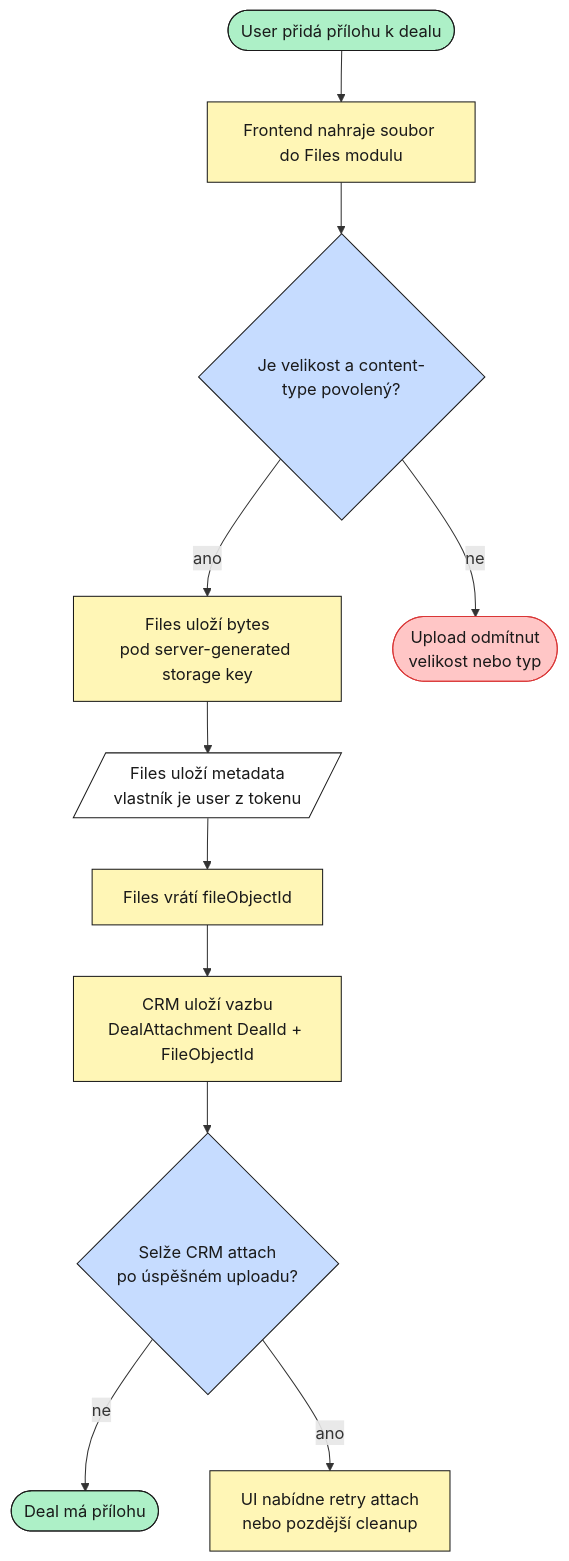
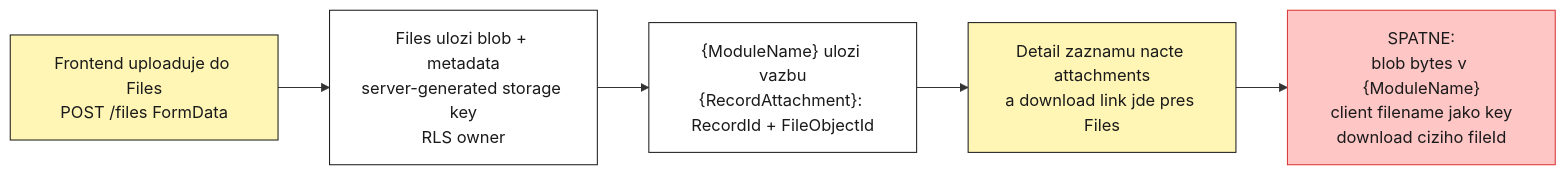
Before and after one commit to SolutionBox-corp/ModularPlatform: the fifth of 7 diagrams in CRM_MODULE_ARCHITECTURE.md, drawn with Mermaid. The commit also changed other lines of this file, not shown here.

Commit message:
docs: generalize module architecture guide

````diff
--- a/CRM_MODULE_ARCHITECTURE.md
+++ b/CRM_MODULE_ARCHITECTURE.md
@@ -1209,26 +435,14 @@
 ```mermaid
-flowchart TB
+flowchart LR
     classDef proc fill:#fff6b6,stroke:#1a1a1a,color:#1a1a1a
-    classDef dec fill:#c6dcff,stroke:#1a1a1a,color:#1a1a1a
-    classDef term fill:#adf0c7,stroke:#1a1a1a,color:#1a1a1a
     classDef data fill:#ffffff,stroke:#1a1a1a,color:#1a1a1a
     classDef err fill:#ffc6c6,stroke:#d93636,color:#1a1a1a
 
-    START(["User přidá přílohu k dealu"]):::term
-    UPLOAD["Frontend nahraje soubor do Files modulu"]:::proc
-    VALID{"Je velikost a content-type povolený?"}:::dec
-    STORAGE["Files uloží bytes<br/>pod server-generated storage key"]:::proc
-    META[/"Files uloží metadata<br/>vlastník je user z tokenu"/]:::data
-    RETURN["Files vrátí fileObjectId"]:::proc
-    ATTACH["CRM uloží vazbu<br/>DealAttachment DealId + FileObjectId"]:::proc
-    OK(["Deal má přílohu"]):::term
-    REJECT(["Upload odmítnut<br/>velikost nebo typ"]):::err
-    ORPHAN{"Selže CRM attach<br/>po úspěšném uploadu?"}:::dec
-    RETRY["UI nabídne retry attach<br/>nebo pozdější cleanup"]:::proc
+    UPLOAD["Frontend uploaduje do Files<br/>POST /files FormData"]:::proc
+    FILES["Files ulozi blob + metadata<br/>server-generated storage key<br/>RLS owner"]:::data
+    ATTACH["{ModuleName} ulozi vazbu<br/>{RecordAttachment}: RecordId + FileObjectId"]:::data
+    LIST["Detail zaznamu nacte attachments<br/>a download link jde pres Files"]:::proc
+    BAD["SPATNE:<br/>blob bytes v {ModuleName}<br/>client filename jako key<br/>download ciziho fileId"]:::err
 
-    START --> UPLOAD --> VALID
-    VALID -->|"ne"| REJECT
-    VALID -->|"ano"| STORAGE --> META --> RETURN --> ATTACH --> ORPHAN
-    ORPHAN -->|"ne"| OK
-    ORPHAN -->|"ano"| RETRY
+    UPLOAD --> FILES --> ATTACH --> LIST --> BAD
 ```
````
